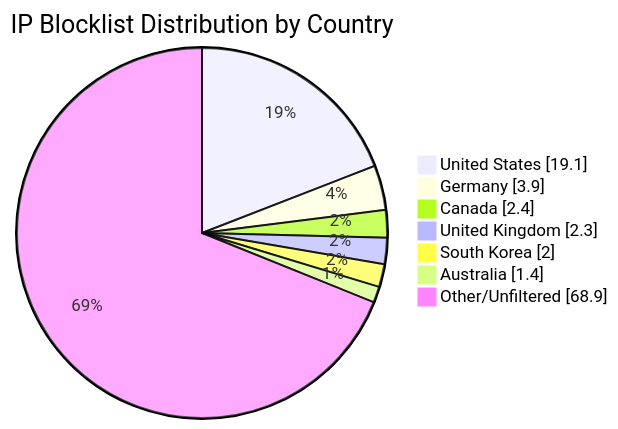
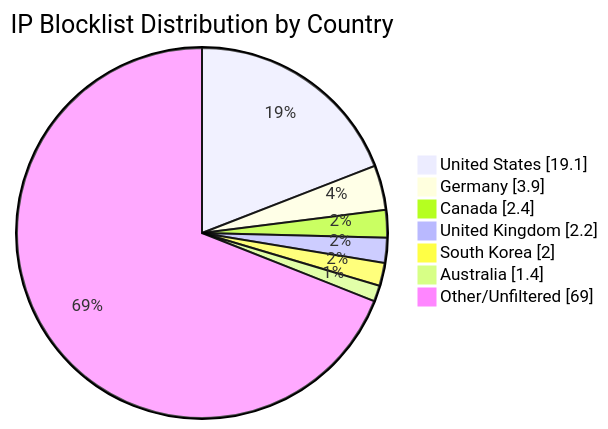
One commit to MarcusHoltz/ipblocklist-geofiltered-aggregator changed the diagram in README.md. Above: the diagram before and after it, drawn with Mermaid. The commit also changed other lines of this file and 9 other files, not shown here.

````diff
--- a/README.md
+++ b/README.md
@@ -34,10 +34,10 @@
 ```mermaid
 pie showData title IP Blocklist Distribution by Country
 "United States" : 19.1
 "Germany" : 3.9
 "Canada" : 2.4
-"United Kingdom" : 2.3
+"United Kingdom" : 2.2
 "South Korea" : 2.0
 "Australia" : 1.4
-"Other/Unfiltered" : 68.9
+"Other/Unfiltered" : 69.0
 ```
````
